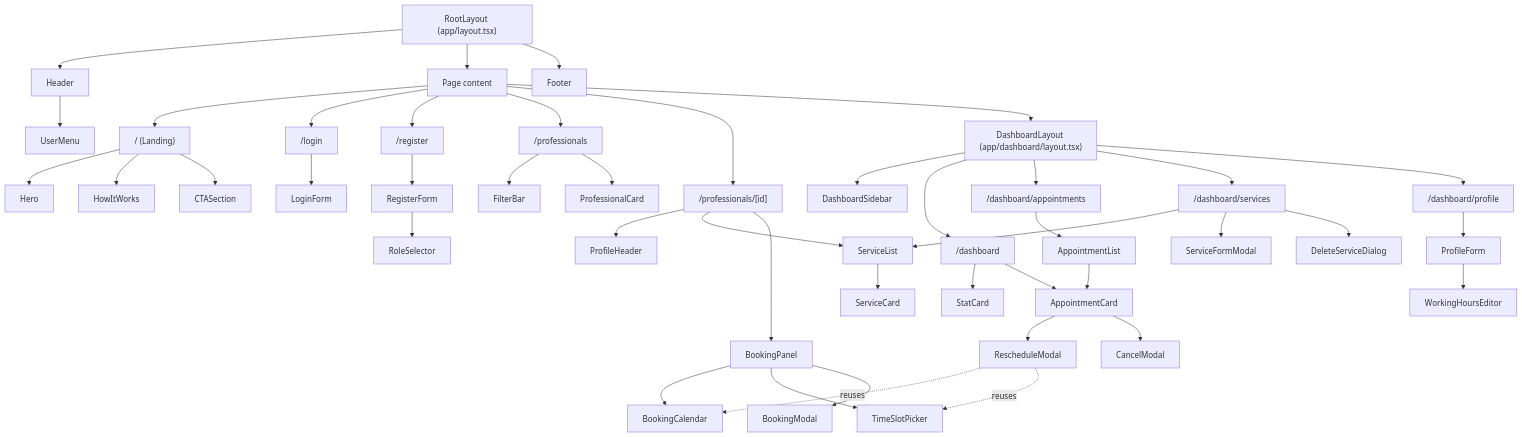
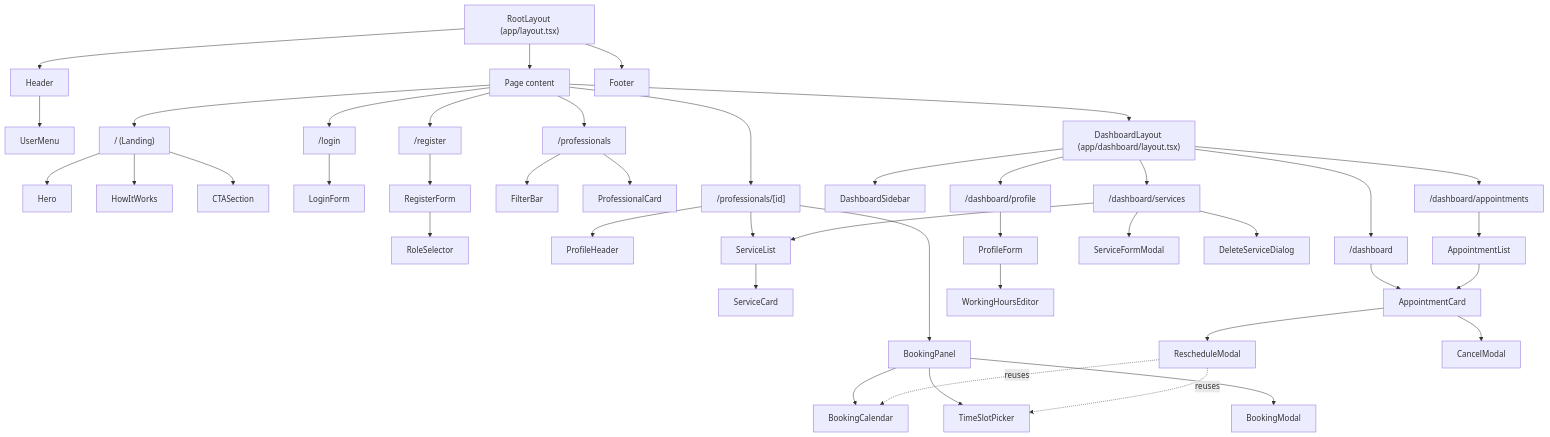
One commit to sthephaniplatero/team_project_WDD430 changed the third of 3 diagrams in SPECIFICATION.md. Above: the diagram before and after it, drawn with Mermaid. The commit also changed other lines of this file and 6 other files, not shown here.

````diff
--- a/SPECIFICATION.md
+++ b/SPECIFICATION.md
@@ -495,44 +496,43 @@
 ```mermaid
 graph TD
     RootLayout["RootLayout (app/layout.tsx)"] --> Header
     RootLayout --> Main["Page content"]
     RootLayout --> Footer
     Header --> UserMenu
 
     Main --> Landing["/ (Landing)"]
     Landing --> Hero
     Landing --> HowItWorks
     Landing --> CTASection
 
     Main --> Login["/login"] --> LoginForm
     Main --> Register["/register"] --> RegisterForm --> RoleSelector
 
     Main --> ProList["/professionals"]
     ProList --> FilterBar
     ProList --> ProfessionalCard
 
     Main --> ProProfile["/professionals/[id]"]
     ProProfile --> ProfileHeader
     ProProfile --> ServiceList --> ServiceCard
     ProProfile --> BookingPanel
     BookingPanel --> BookingCalendar
     BookingPanel --> TimeSlotPicker
     BookingPanel --> BookingModal
 
     Main --> DashLayout["DashboardLayout (app/dashboard/layout.tsx)"]
     DashLayout --> DashboardSidebar
     DashLayout --> DashHome["/dashboard"]
-    DashHome --> StatCard
     DashHome --> AppointmentCard
     DashLayout --> DashAppts["/dashboard/appointments"]
     DashAppts --> AppointmentList --> AppointmentCard
     AppointmentCard --> RescheduleModal
     AppointmentCard --> CancelModal
     RescheduleModal -. reuses .-> BookingCalendar
     RescheduleModal -. reuses .-> TimeSlotPicker
     DashLayout --> DashServices["/dashboard/services"]
     DashServices --> ServiceList
     DashServices --> ServiceFormModal
     DashServices --> DeleteServiceDialog
     DashLayout --> DashProfile["/dashboard/profile"] --> ProfileForm --> WorkingHoursEditor
 ```
````
